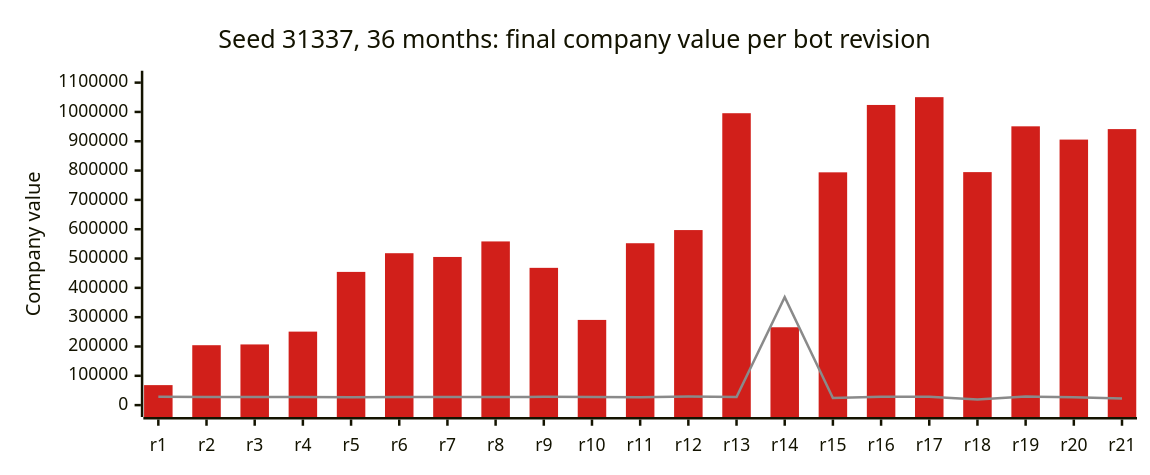
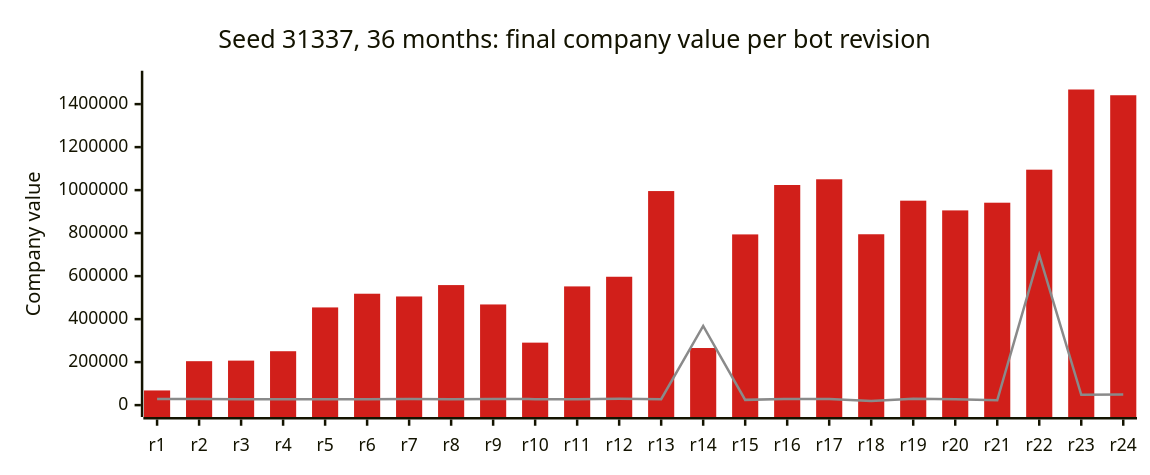
Before and after one commit to OpenTTD/OpenTTD: the second of 5 diagrams in README.md, drawn with Mermaid. The commit also changed other lines of this file and 29 other files, not shown here.

````diff
--- a/README.md
+++ b/README.md
@@ -210,17 +212,17 @@
 ```mermaid
 ---
 config:
   xyChart:
     width: 900
     height: 360
   themeVariables:
     xyChart:
       plotColorPalette: "#d11f1a, #8a8a8a"
 ---
 xychart-beta
     title "Seed 31337, 36 months: final company value per bot revision"
-    x-axis ["r1", "r2", "r3", "r4", "r5", "r6", "r7", "r8", "r9", "r10", "r11", "r12", "r13", "r14", "r15", "r16", "r17", "r18", "r19", "r20", "r21"]
-    y-axis "Company value" 0 --> 1100000
-    bar [68229, 204356, 206995, 250716, 454403, 518138, 505369, 558331, 468228, 290634, 552182, 597075, 995647, 265599, 794015, 1023810, 1050432, 794737, 950946, 905692, 941478]
-    line [28293, 28129, 27716, 27768, 27228, 27849, 27943, 27408, 28331, 27853, 27247, 29139, 27870, 368425, 24469, 28440, 28286, 19132, 29102, 26945, 22413]
+    x-axis ["r1", "r2", "r3", "r4", "r5", "r6", "r7", "r8", "r9", "r10", "r11", "r12", "r13", "r14", "r15", "r16", "r17", "r18", "r19", "r20", "r21", "r22", "r23", "r24"]
+    y-axis "Company value" 0 --> 1500000
+    bar [68229, 204356, 206995, 250716, 454403, 518138, 505369, 558331, 468228, 290634, 552182, 597075, 995647, 265599, 794015, 1023810, 1050432, 794737, 950946, 905692, 941478, 1095101, 1468025, 1441319]
+    line [28293, 28129, 27716, 27768, 27228, 27849, 27943, 27408, 28331, 27853, 27247, 29139, 27870, 368425, 24469, 28440, 28286, 19132, 29102, 26945, 22413, 698884, 47923, 49526]
 ```
````
